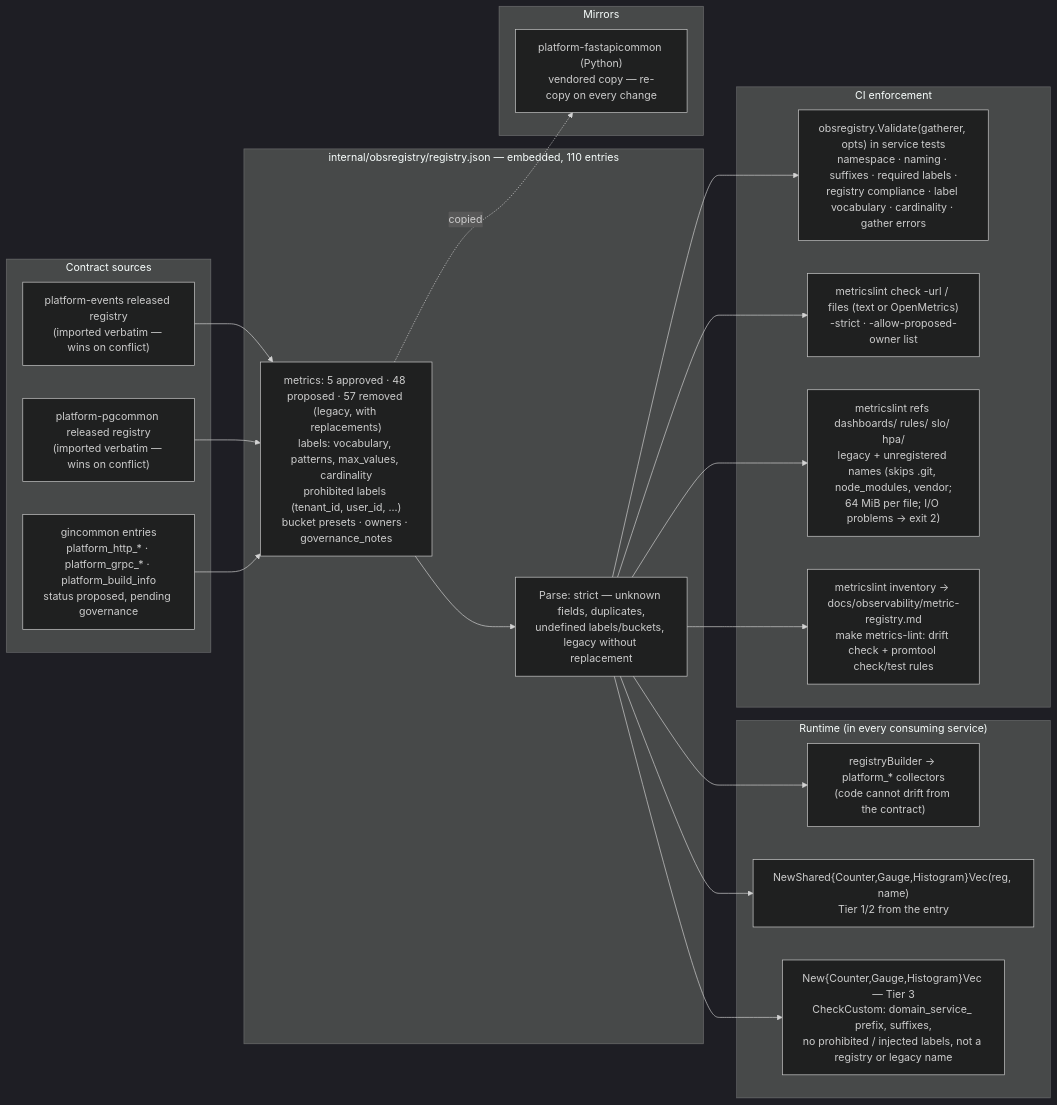
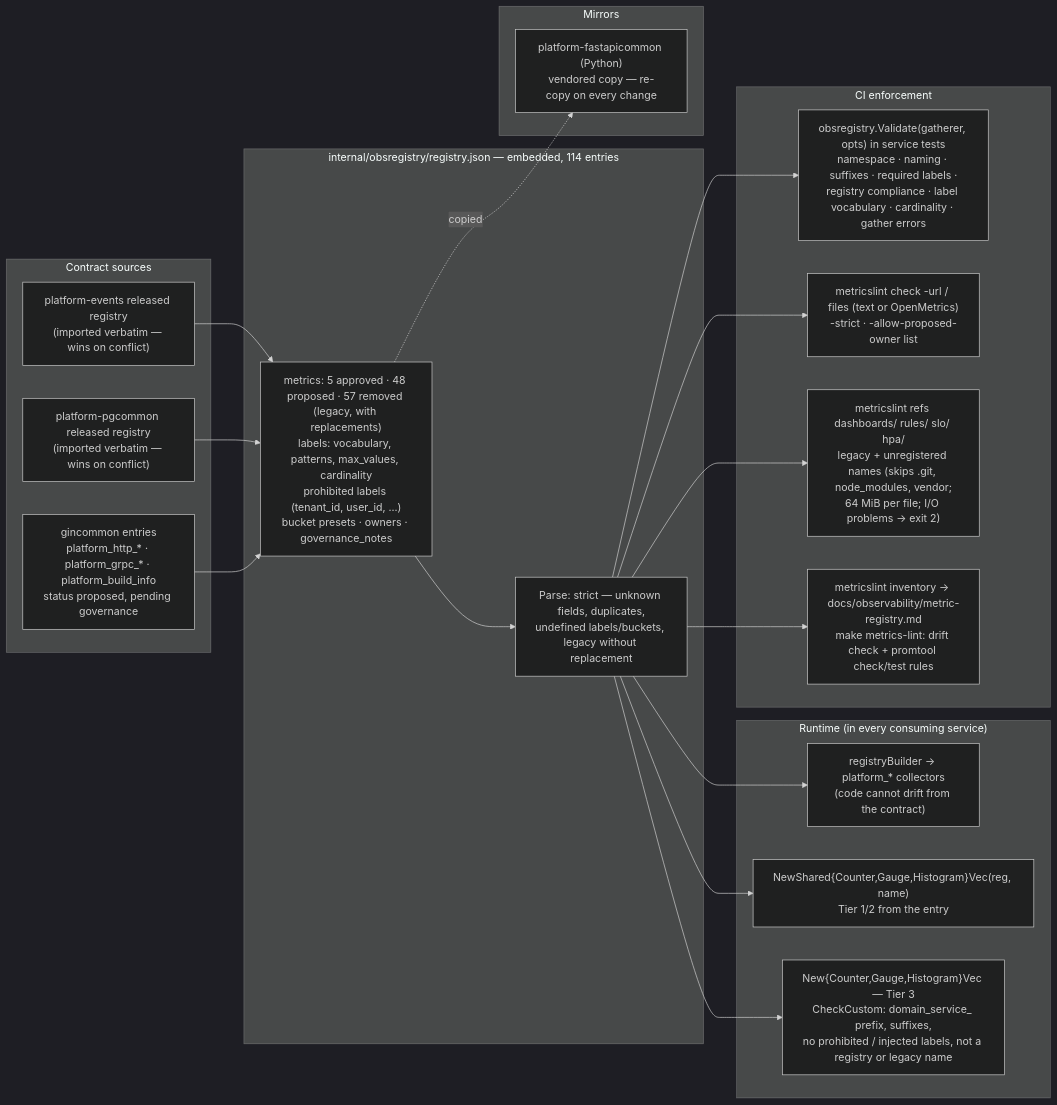
The diagram in docs/architecture/mermaid/registry-governance.mmd (BCBP-SOLUTIONS-FZC-LLC/platform-gincommon), drawn with Mermaid (dark theme) before and after one commit. The commit also changed 18 other files, not shown here.

```diff
--- a/docs/architecture/mermaid/registry-governance.mmd
+++ b/docs/architecture/mermaid/registry-governance.mmd
@@ -1,41 +1,41 @@
 graph LR
     subgraph sources["Contract sources"]
         events_reg["platform-events released registry<br/>(imported verbatim — wins on conflict)"]
         pg_reg["platform-pgcommon released registry<br/>(imported verbatim — wins on conflict)"]
         own["gincommon entries<br/>platform_http_* · platform_grpc_* · platform_build_info<br/>status proposed, pending governance"]
     end
 
-    subgraph registry["internal/obsregistry/registry.json — embedded, 110 entries"]
+    subgraph registry["internal/obsregistry/registry.json — embedded, 114 entries"]
         entries["metrics: 5 approved · 48 proposed · 57 removed (legacy, with replacements)<br/>labels: vocabulary, patterns, max_values, cardinality<br/>prohibited labels (tenant_id, user_id, ...)<br/>bucket presets · owners · governance_notes"]
         parse["Parse: strict — unknown fields, duplicates,<br/>undefined labels/buckets, legacy without replacement"]
     end
 
     subgraph runtime["Runtime (in every consuming service)"]
         builder["registryBuilder → platform_* collectors<br/>(code cannot drift from the contract)"]
         shared["NewShared{Counter,Gauge,Histogram}Vec(reg, name)<br/>Tier 1/2 from the entry"]
         custom["New{Counter,Gauge,Histogram}Vec — Tier 3<br/>CheckCustom: domain_service_ prefix, suffixes,<br/>no prohibited / injected labels, not a registry or legacy name"]
     end
 
     subgraph ci["CI enforcement"]
         validate["obsregistry.Validate(gatherer, opts) in service tests<br/>namespace · naming · suffixes · required labels ·<br/>registry compliance · label vocabulary · cardinality · gather errors"]
         check["metricslint check -url / files (text or OpenMetrics)<br/>-strict · -allow-proposed-owner list"]
         refs["metricslint refs dashboards/ rules/ slo/ hpa/<br/>legacy + unregistered names (skips .git, node_modules, vendor;<br/>64 MiB per file; I/O problems → exit 2)"]
         inv["metricslint inventory → docs/observability/metric-registry.md<br/>make metrics-lint: drift check + promtool check/test rules"]
     end
 
     subgraph mirrors["Mirrors"]
         fastapi["platform-fastapicommon (Python)<br/>vendored copy — re-copy on every change"]
     end
 
     events_reg --> entries
     pg_reg --> entries
     own --> entries
     entries --> parse
     parse --> builder
     parse --> shared
     parse --> custom
     parse --> validate
     parse --> check
     parse --> refs
     parse --> inv
     entries -.->|"copied"| fastapi
```
